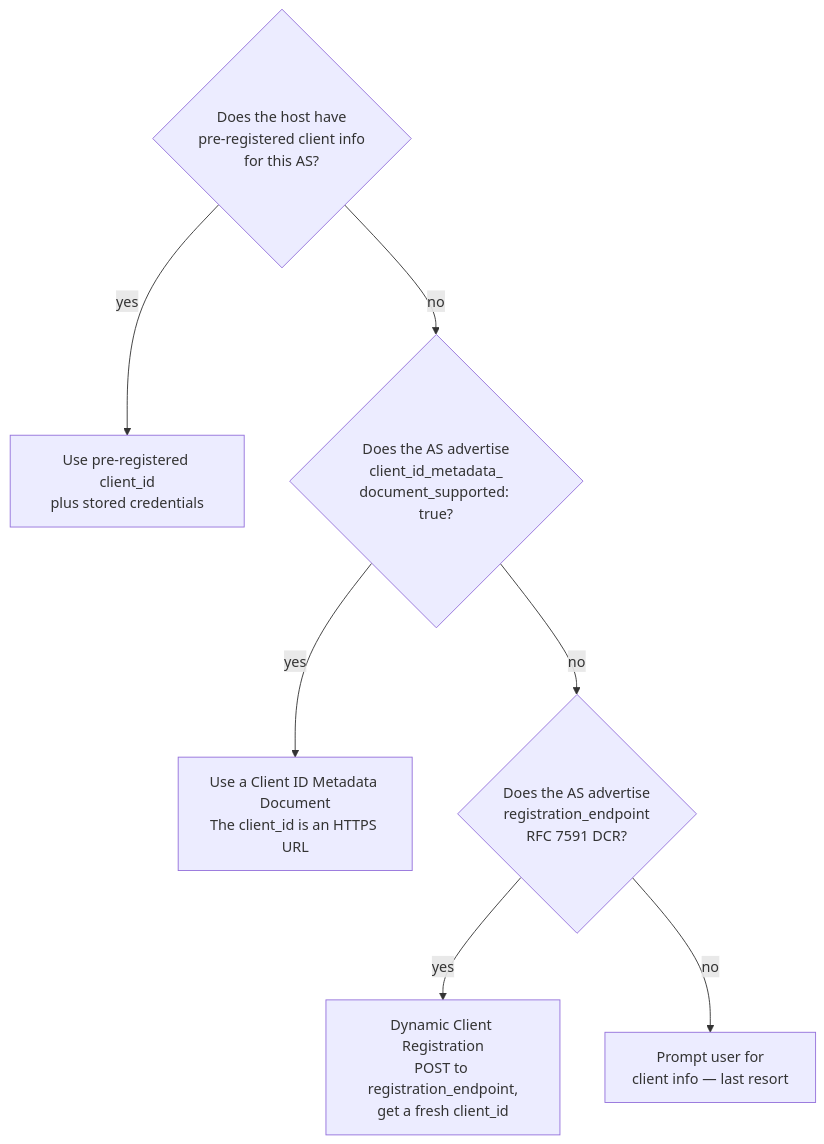
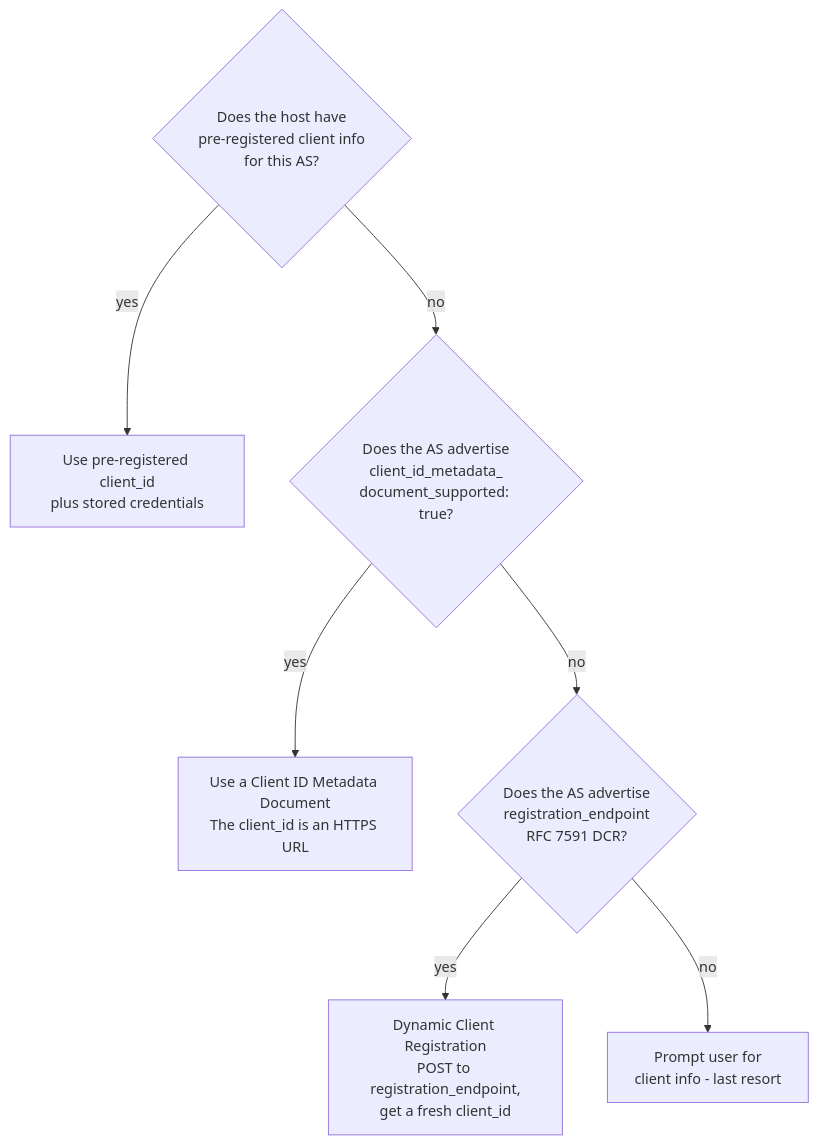
Before and after one commit to kubiosec-agentic/oauth-deepdive: the third of 8 diagrams in docs/mcp/09-agent-pattern-end-to-end.md, drawn with Mermaid. The commit also changed other lines of this file, not shown here.

First line of the commit message:
Fix Mermaid render error in agent-pattern doc

````diff
--- a/docs/mcp/09-agent-pattern-end-to-end.md
+++ b/docs/mcp/09-agent-pattern-end-to-end.md
@@ -161,9 +161,9 @@
 ```mermaid
 flowchart TD
     Start{Does the host have<br/>pre-registered client info<br/>for this AS?} -->|yes| Pre[Use pre-registered client_id<br/>plus stored credentials]
     Start -->|no| Cimd{Does the AS advertise<br/>client_id_metadata_<br/>document_supported: true?}
     Cimd -->|yes| CIMD[Use a Client ID Metadata Document<br/>The client_id is an HTTPS URL]
     Cimd -->|no| Dcr{Does the AS advertise<br/>registration_endpoint<br/>RFC 7591 DCR?}
     Dcr -->|yes| DCR[Dynamic Client Registration<br/>POST to registration_endpoint,<br/>get a fresh client_id]
-    Dcr -->|no| Prompt[Prompt user for<br/>client info — last resort]
+    Dcr -->|no| Prompt[Prompt user for<br/>client info - last resort]
 ```
````
